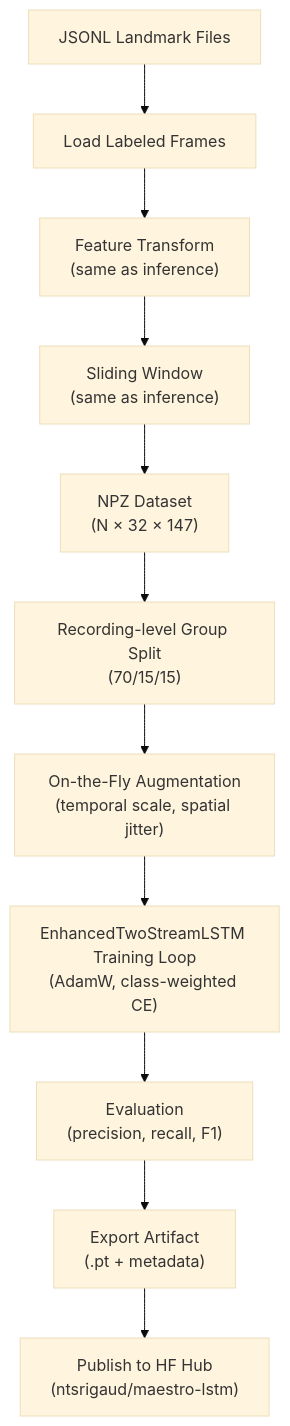
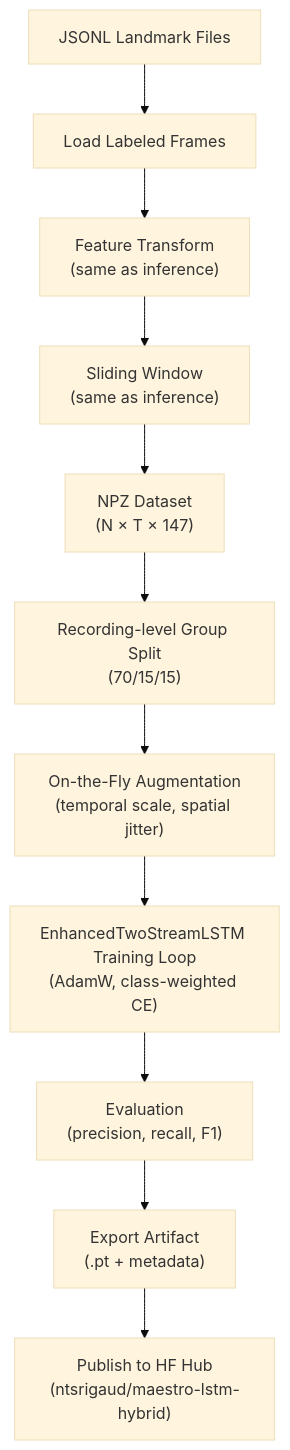
The sixth of 6 diagrams in docs/architecture/process-view.md (ntsrigaud/Maestro), drawn with Mermaid (base theme) before and after one commit. The commit also changed other lines of this file, not shown here.

Commit message:
docs: align process view with correct buffer size and model repo

````diff
--- a/docs/architecture/process-view.md
+++ b/docs/architecture/process-view.md
@@ -194,13 +194,13 @@
 ```mermaid
 graph TD
     JSONL["JSONL Landmark Files"] --> Load["Load Labeled Frames"]
     Load --> FeatTrain["Feature Transform<br/>(same as inference)"]
     FeatTrain --> Window["Sliding Window<br/>(same as inference)"]
-    Window --> NPZ["NPZ Dataset<br/>(N × 32 × 147)"]
+    Window --> NPZ["NPZ Dataset<br/>(N × T × 147)"]
     NPZ --> Split["Recording-level Group Split<br/>(70/15/15)"]
     Split --> Augment["On-the-Fly Augmentation<br/>(temporal scale, spatial jitter)"]
     Augment --> Train["EnhancedTwoStreamLSTM Training Loop<br/>(AdamW, class-weighted CE)"]
     Train --> Eval["Evaluation<br/>(precision, recall, F1)"]
     Eval --> Export["Export Artifact<br/>(.pt + metadata)"]
-    Export --> HFHub["Publish to HF Hub<br/>(ntsrigaud/maestro-lstm)"]
+    Export --> HFHub["Publish to HF Hub<br/>(ntsrigaud/maestro-lstm-hybrid)"]
 ```
````
